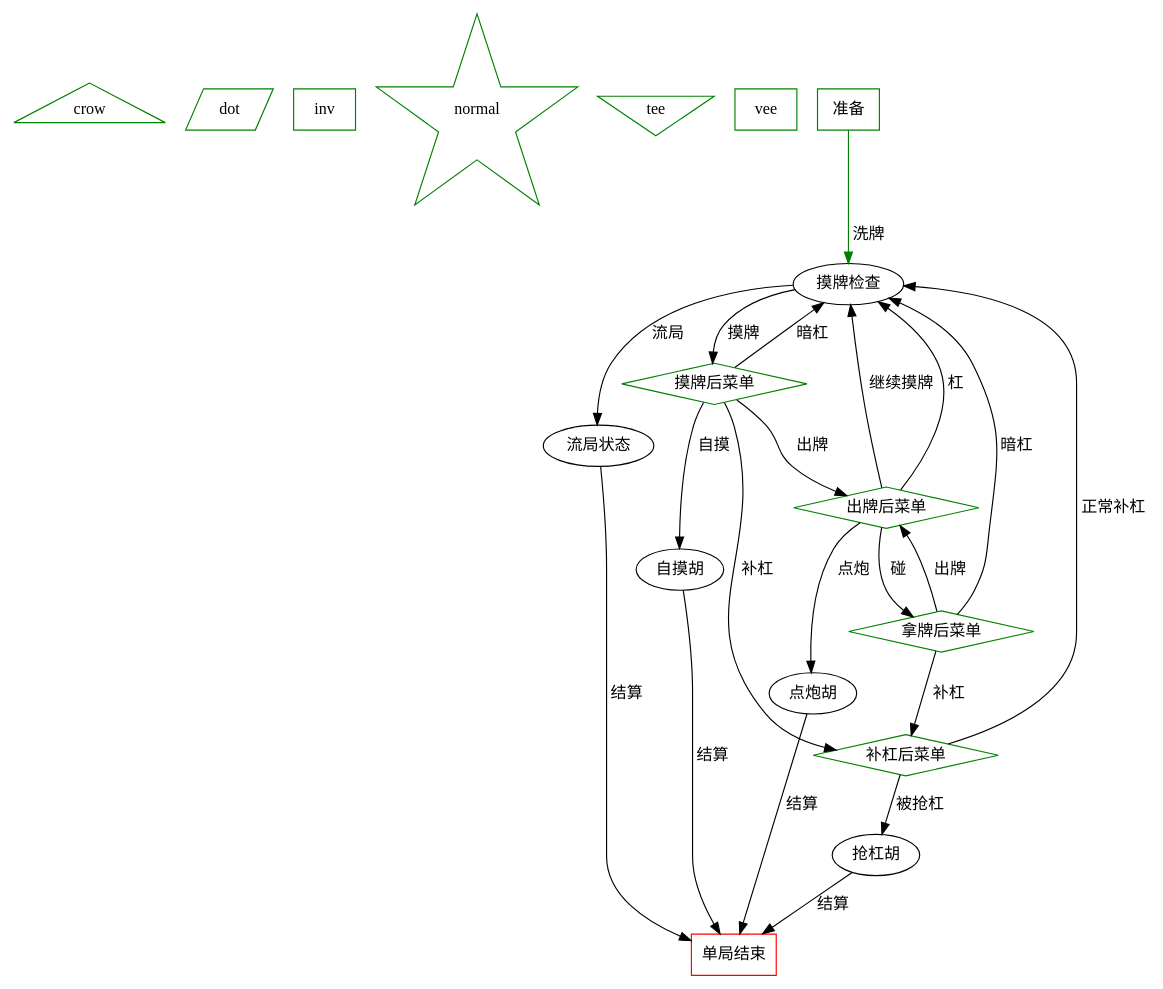
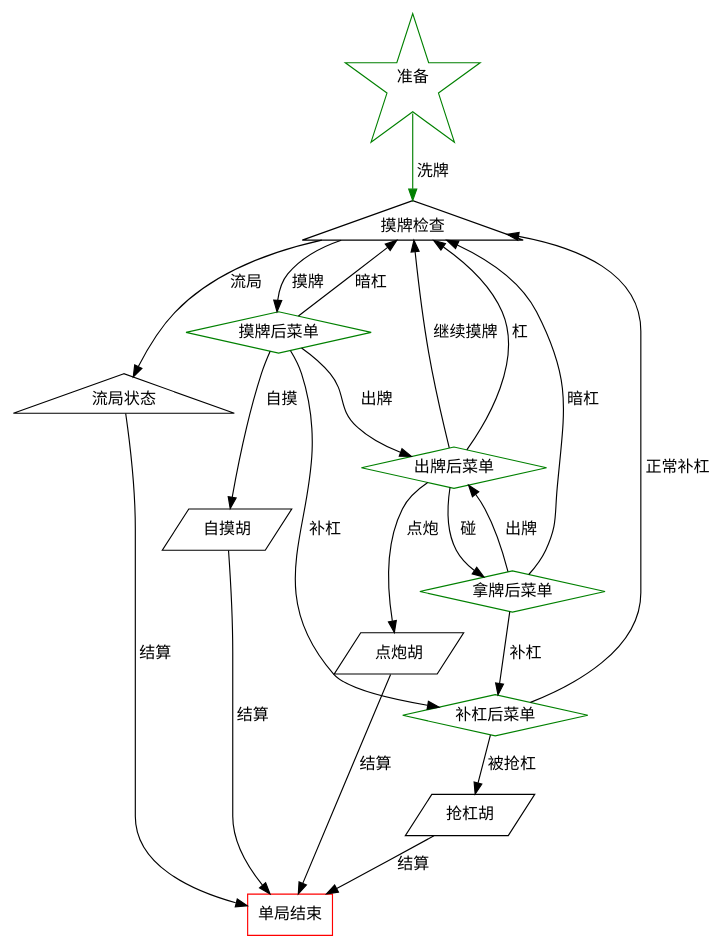
Before and after one commit to davidxifeng/lovely_codes: the diagram in fun/mahjong_state_dot_demo.dot, drawn with Graphviz. The commit also changed 1 other file, not shown here.

Commit message:
dot: headport tailport of edge

```diff
--- a/fun/mahjong_state_dot_demo.dot
+++ b/fun/mahjong_state_dot_demo.dot
@@ -1,40 +1,35 @@
 digraph "fsm" {
-  "crow" [color="green"; shape=triangle];
-  "dot" [color="green"; shape=parallelogram	];
-  "inv" [color="green"; shape=rect];
-  "normal" [color="green"; shape=star];
-  "tee" [color="green"; shape=invtriangle];
-  "vee" [color="green"; shape=rectangle];
-
-  "准备" [color="green"; shape=box];
-  "摸牌检查";
+  "准备" [color="green"; shape=star;];
+  //"摸牌检查" [shape=invtriangle];
+  "摸牌检查" [shape=triangle];
   "摸牌后菜单" [color="green"; shape=diamond];
-  "流局状态";
+  "流局状态" [shape=triangle];
   "出牌后菜单" [color="green"; shape=diamond];
   "拿牌后菜单" [color="green"; shape=diamond];
   "补杠后菜单" [color="green"; shape=diamond];
-  "抢杠胡";
-  "自摸胡";
-  "点炮胡";
-  "单局结束"[color="red"; shape=box];
-  "准备" -> "摸牌检查" [ color="green" ; label=" 洗牌 " ];
+  "抢杠胡" [shape=parallelogram];
+  "自摸胡" [shape=parallelogram];
+  "点炮胡" [shape=parallelogram];
+  "单局结束"[color="red"; shape=rect];
+
+  "准备" -> "摸牌检查" [ color="green" ; label=" 洗牌 "; headport=n; tailport=s];
   "摸牌检查" -> "摸牌后菜单" [ label=" 摸牌 " ];
   "摸牌检查" -> "流局状态" [ label=" 流局 " ];
   "摸牌后菜单" -> "出牌后菜单" [ label=" 出牌 " ];
   "拿牌后菜单" -> "出牌后菜单" [ label=" 出牌 " ];
   "摸牌后菜单" -> "摸牌检查" [ label=" 暗杠 " ];
   "拿牌后菜单" -> "摸牌检查" [ label=" 暗杠 " ];
   "摸牌后菜单" -> "补杠后菜单" [ label=" 补杠 " ];
   "拿牌后菜单" -> "补杠后菜单" [ label=" 补杠 " ];
   "补杠后菜单" -> "摸牌检查" [ label=" 正常补杠 " ];
   "补杠后菜单" -> "抢杠胡" [ label=" 被抢杠 " ];
   "摸牌后菜单" -> "自摸胡" [ label=" 自摸 " ];
   "出牌后菜单" -> "摸牌检查" [ label=" 继续摸牌 " ];
   "出牌后菜单" -> "拿牌后菜单" [ label=" 碰 " ];
   "出牌后菜单" -> "摸牌检查" [ label=" 杠 " ];
   "出牌后菜单" -> "点炮胡" [ label=" 点炮 " ];
   "点炮胡" -> "单局结束" [ label=" 结算 " ];
   "自摸胡" -> "单局结束" [ label=" 结算 " ];
   "抢杠胡" -> "单局结束" [ label=" 结算 " ];
   "流局状态" -> "单局结束" [ label=" 结算 " ];
 }
```
